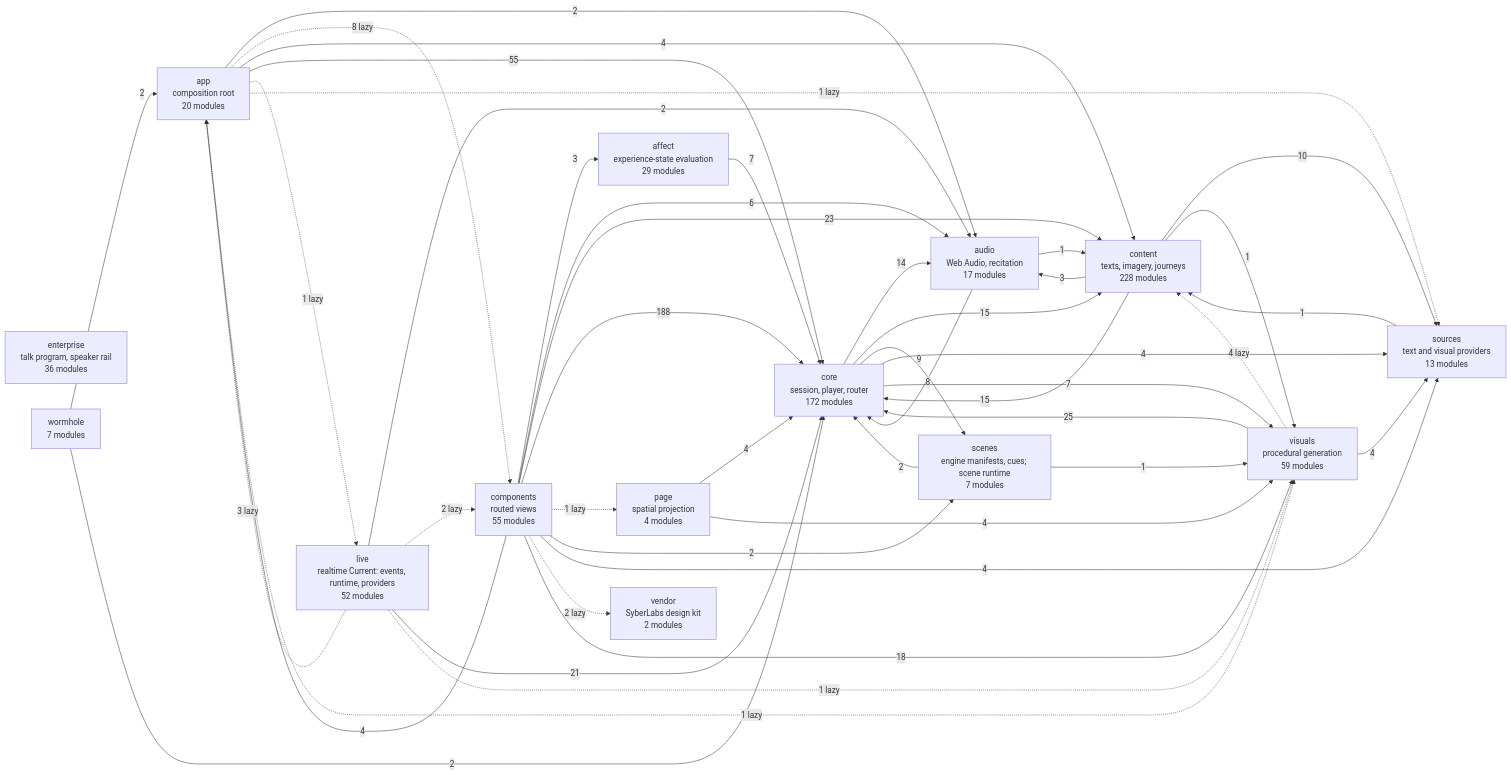
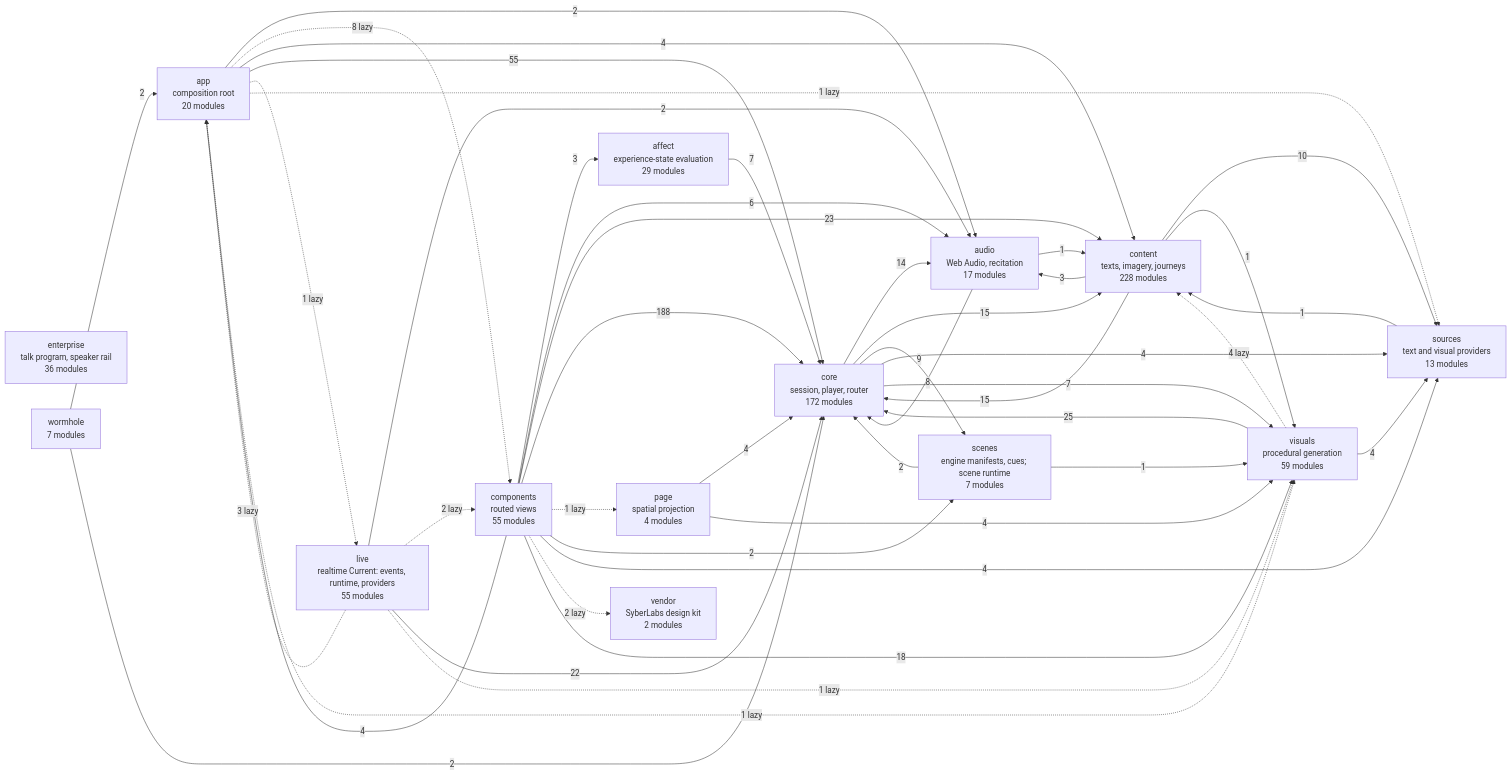
The diagram in docs/specs/ARCHITECTURE.md (SyberLabs/RISE), drawn with Mermaid before and after one commit. The commit also changed 21 other files, not shown here.

````diff
--- a/docs/specs/ARCHITECTURE.md
+++ b/docs/specs/ARCHITECTURE.md
@@ -161,62 +161,62 @@
 ```mermaid
 flowchart LR
     affect["affect<br/>experience-state evaluation<br/>29 modules"]
     app["app<br/>composition root<br/>20 modules"]
     audio["audio<br/>Web Audio, recitation<br/>17 modules"]
     components["components<br/>routed views<br/>55 modules"]
     content["content<br/>texts, imagery, journeys<br/>228 modules"]
     core["core<br/>session, player, router<br/>172 modules"]
     enterprise["enterprise<br/>talk program, speaker rail<br/>36 modules"]
-    live["live<br/>realtime Current: events, runtime, providers<br/>52 modules"]
+    live["live<br/>realtime Current: events, runtime, providers<br/>55 modules"]
     page["page<br/>spatial projection<br/>4 modules"]
     scenes["scenes<br/>engine manifests, cues; scene runtime<br/>7 modules"]
     sources["sources<br/>text and visual providers<br/>13 modules"]
     vendor["vendor<br/>SyberLabs design kit<br/>2 modules"]
     visuals["visuals<br/>procedural generation<br/>59 modules"]
     wormhole["wormhole<br/>7 modules"]
 
     affect --> |7| core
     app --> |2| audio
     app -.-> |8 lazy| components
     app --> |4| content
     app --> |55| core
     app -.-> |1 lazy| live
     app -.-> |1 lazy| sources
     app -.-> |1 lazy| visuals
     audio --> |1| content
     audio --> |8| core
     components --> |3| affect
     components --> |4| app
     components --> |6| audio
     components --> |23| content
     components --> |188| core
     components -.-> |1 lazy| page
     components --> |2| scenes
     components --> |4| sources
     components -.-> |2 lazy| vendor
     components --> |18| visuals
     content --> |3| audio
     content --> |15| core
     content --> |10| sources
     content --> |1| visuals
     core --> |14| audio
     core --> |15| content
     core --> |9| scenes
     core --> |4| sources
     core --> |7| visuals
     live -.-> |3 lazy| app
     live --> |2| audio
     live -.-> |2 lazy| components
-    live --> |21| core
+    live --> |22| core
     live -.-> |1 lazy| visuals
     page --> |4| core
     page --> |4| visuals
     scenes --> |2| core
     scenes --> |1| visuals
     sources --> |1| content
     visuals -.-> |4 lazy| content
     visuals --> |25| core
     visuals --> |4| sources
     wormhole --> |2| app
     wormhole --> |2| core
 ```
````
